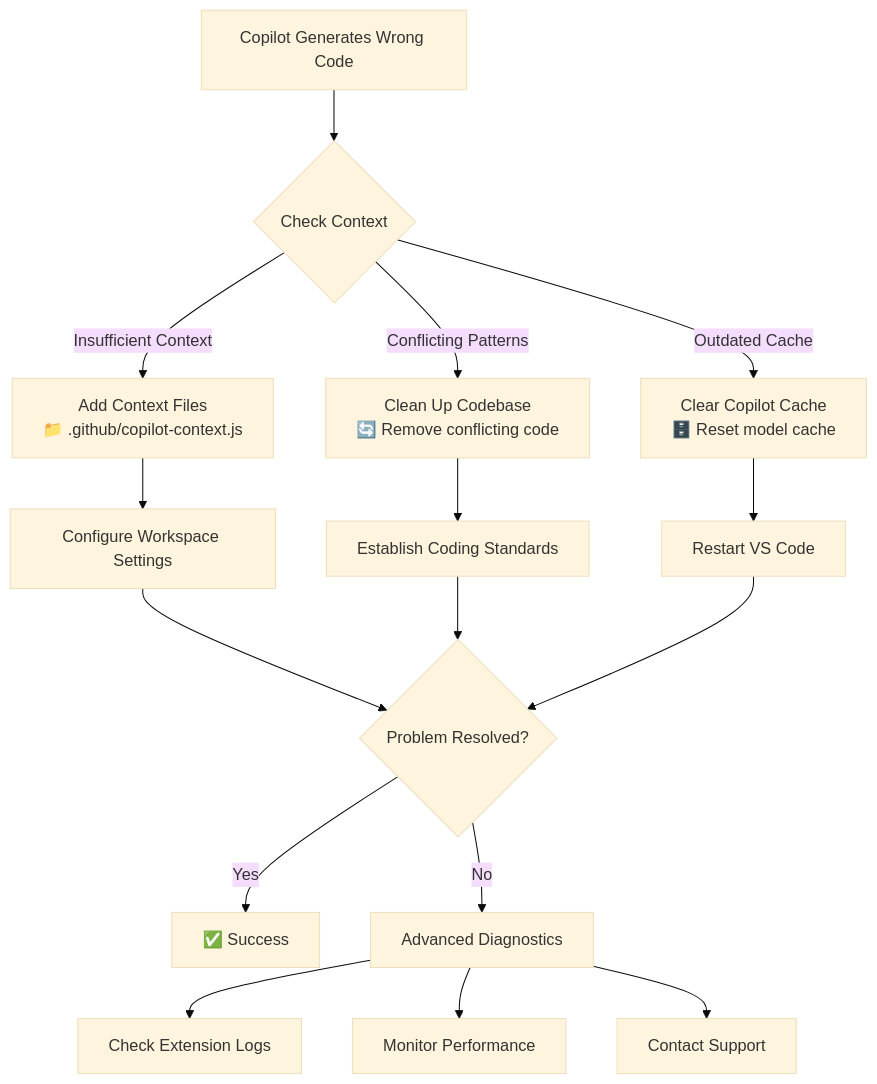
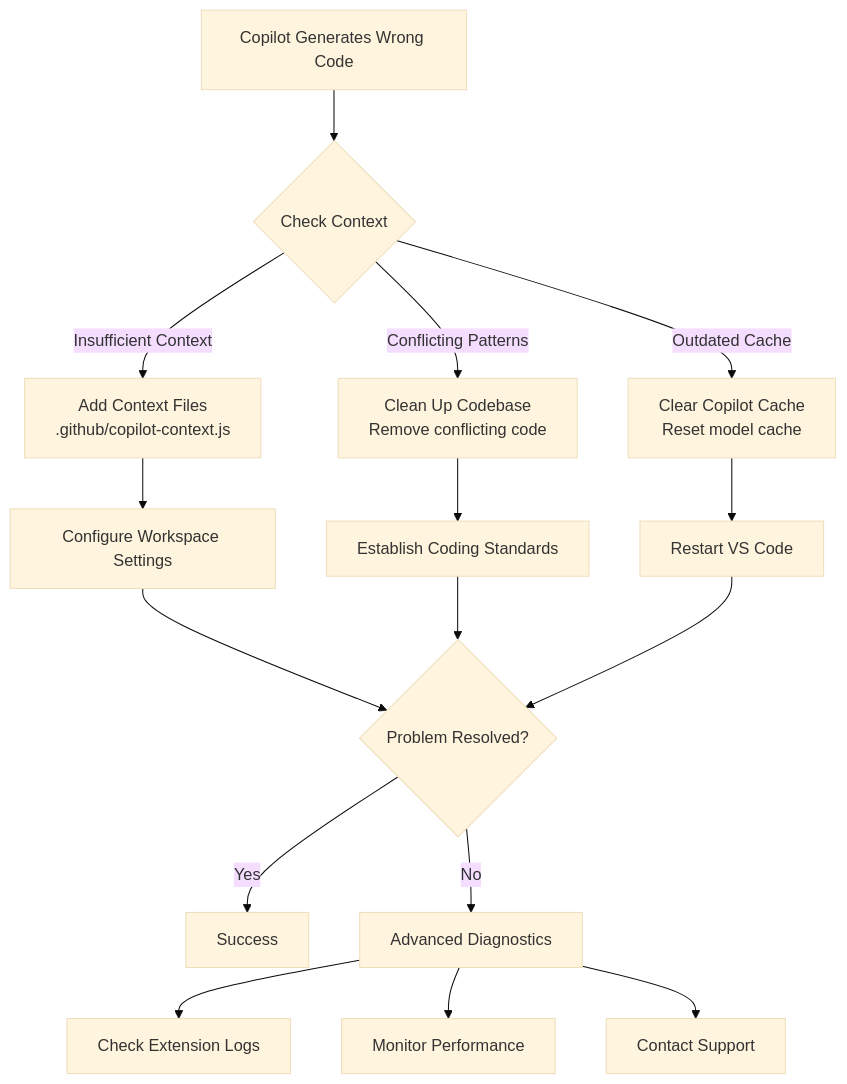
One commit to paulasilvatech/Design-to-Code-Dev changed the first of 2 diagrams in docs/advanced-troubleshooting-guide.md. Above: the diagram before and after it, drawn with Mermaid (base theme). The commit also changed other lines of this file and 4 other files, not shown here.

````diff
--- a/docs/advanced-troubleshooting-guide.md
+++ b/docs/advanced-troubleshooting-guide.md
@@ -25,23 +25,23 @@
 ```mermaid
 flowchart TD
     A[Copilot Generates Wrong Code] --> B{Check Context}
     
-    B -->|Insufficient Context| C[Add Context Files<br/>📁 .github/copilot-context.js]
-    B -->|Conflicting Patterns| D[Clean Up Codebase<br/>🔄 Remove conflicting code]
-    B -->|Outdated Cache| E[Clear Copilot Cache<br/>🗄️ Reset model cache]
+    B -->|Insufficient Context| C[Add Context Files<br/>.github/copilot-context.js]
+    B -->|Conflicting Patterns| D[Clean Up Codebase<br/>Remove conflicting code]
+    B -->|Outdated Cache| E[Clear Copilot Cache<br/>Reset model cache]
     
     C --> F[Configure Workspace Settings]
     D --> G[Establish Coding Standards]
     E --> H[Restart VS Code]
     
     F --> I{Problem Resolved?}
     G --> I
     H --> I
     
-    I -->|Yes| J[✅ Success]
+    I -->|Yes| J[Success]
     I -->|No| K[Advanced Diagnostics]
     
     K --> L[Check Extension Logs]
     K --> M[Monitor Performance]
     K --> N[Contact Support]
 ```
````
